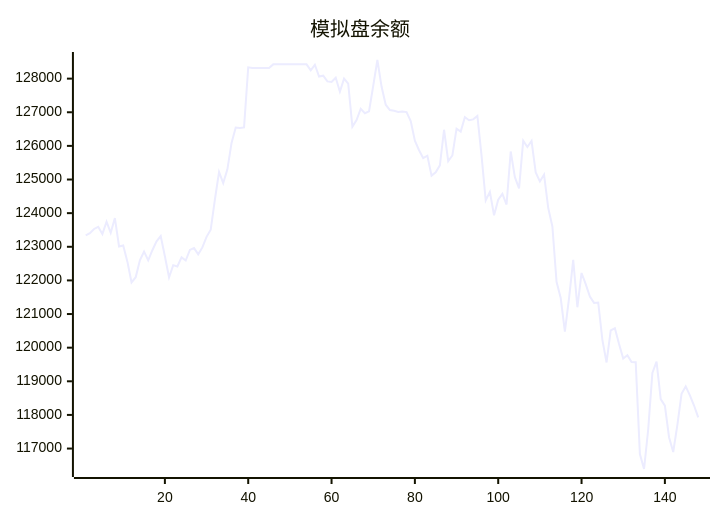
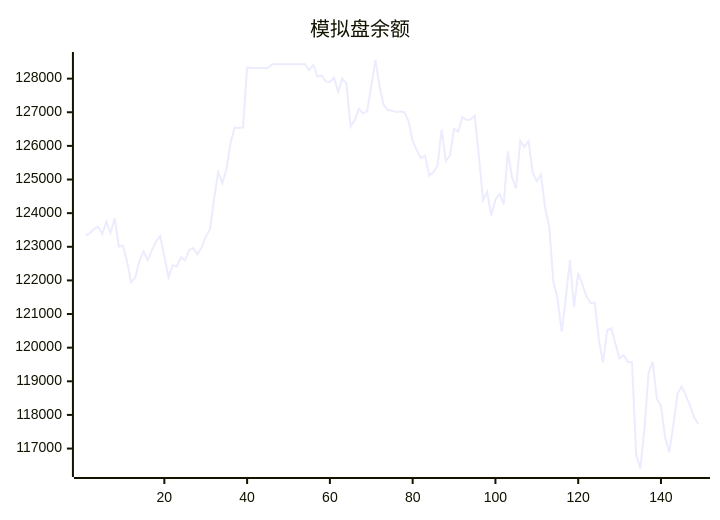
The diagram in README.md (aahl/ai-trading), drawn with Mermaid before and after one commit. The commit also changed other lines of this file and 1 other file, not shown here.

````diff
--- a/README.md
+++ b/README.md
@@ -5,5 +5,5 @@
 ```mermaid
 xychart
     title "模拟盘余额"
-    line [123338,123402,123530,123592,123378,123745,123413,123853,123009,123040,122557,121938,122095,122599,122856,122597,122898,123160,123319,122719,122087,122454,122416,122685,122592,122907,122961,122776,122981,123295,123507,124403,125224,124894,125303,126088,126544,126534,126549,128335,128318,128318,128318,128318,128318,128424,128424,128424,128424,128424,128424,128424,128424,128424,128247,128412,128062,128087,127917,127901,128026,127611,128000,127850,126572,126770,127100,126971,127029,127783,128554,127765,127224,127064,127044,127009,127025,127004,126738,126152,125871,125635,125707,125117,125217,125420,126480,125545,125715,126511,126424,126856,126764,126788,126890,125710,124381,124632,123936,124402,124574,124256,125833,125070,124739,126154,125966,126145,125213,124943,125143,124157,123604,121959,121476,120476,121470,122610,121201,122221,121889,121522,121332,121344,120232,119559,120513,120577,120108,119680,119777,119572,119568,116839,116392,117573,119250,119585,118469,118277,117338,116897,117706,118628,118849,118579,118280,117926]
+    line [123338,123402,123530,123592,123378,123745,123413,123853,123009,123040,122557,121938,122095,122599,122856,122597,122898,123160,123319,122719,122087,122454,122416,122685,122592,122907,122961,122776,122981,123295,123507,124403,125224,124894,125303,126088,126544,126534,126549,128335,128318,128318,128318,128318,128318,128424,128424,128424,128424,128424,128424,128424,128424,128424,128247,128412,128062,128087,127917,127901,128026,127611,128000,127850,126572,126770,127100,126971,127029,127783,128554,127765,127224,127064,127044,127009,127025,127004,126738,126152,125871,125635,125707,125117,125217,125420,126480,125545,125715,126511,126424,126856,126764,126788,126890,125710,124381,124632,123936,124402,124574,124256,125833,125070,124739,126154,125966,126145,125213,124943,125143,124157,123604,121959,121476,120476,121470,122610,121201,122221,121889,121522,121332,121344,120232,119559,120513,120577,120108,119680,119777,119572,119568,116839,116392,117573,119250,119585,118469,118277,117338,116897,117706,118628,118849,118579,118280,117926,117735]
 ```
````
